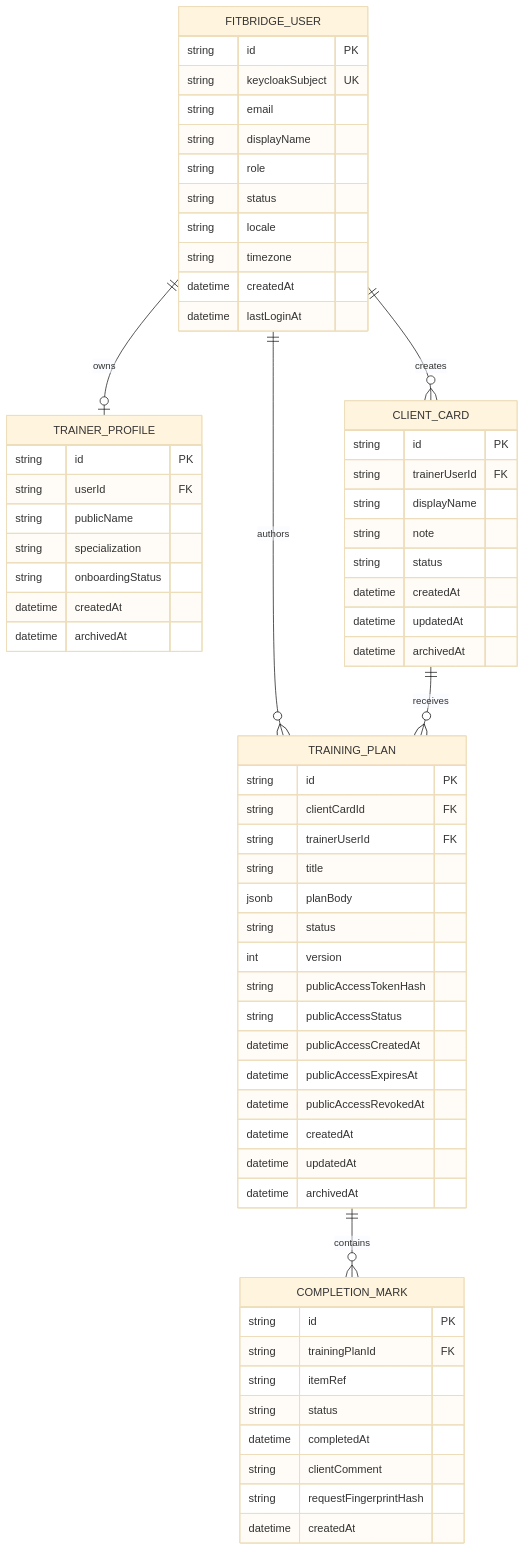
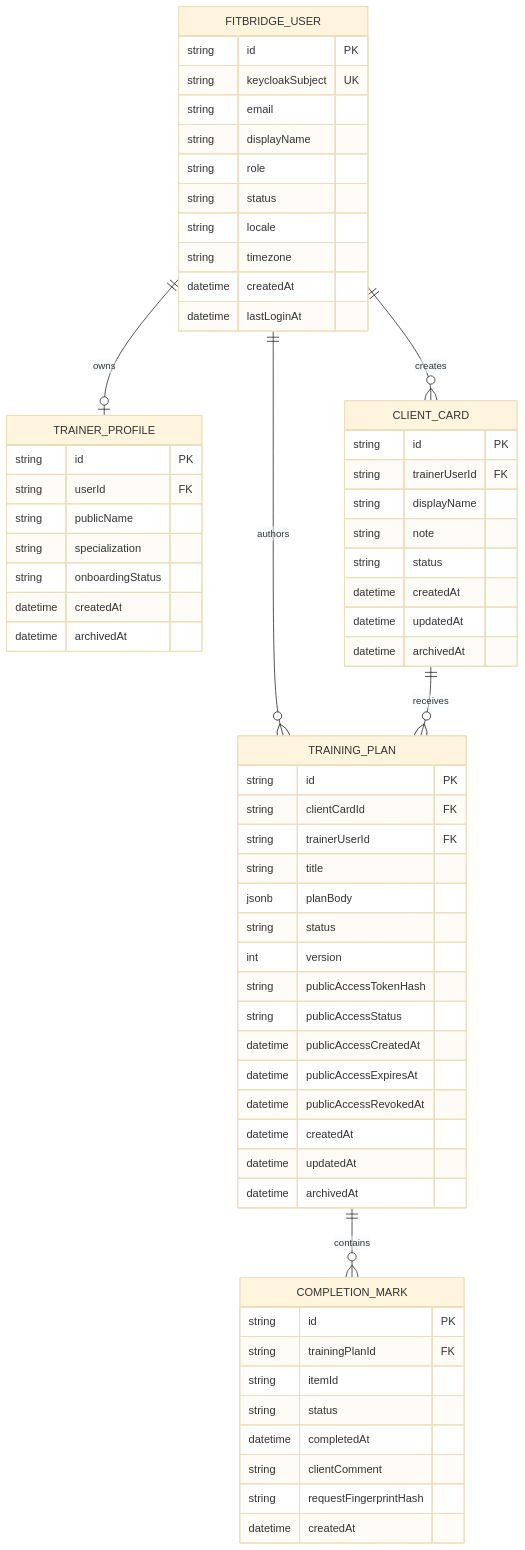
Before and after one commit to MartyanovAV/otuskotlin: the diagram in docs/03-architecture/ERD.md, drawn with Mermaid (base theme). The commit also changed 20 other files, not shown here.

````diff
--- a/docs/03-architecture/ERD.md
+++ b/docs/03-architecture/ERD.md
@@ -16,71 +16,71 @@
 ```mermaid
 erDiagram
     FITBRIDGE_USER ||--o| TRAINER_PROFILE : owns
     FITBRIDGE_USER ||--o{ CLIENT_CARD : creates
     FITBRIDGE_USER ||--o{ TRAINING_PLAN : authors
     CLIENT_CARD ||--o{ TRAINING_PLAN : receives
     TRAINING_PLAN ||--o{ COMPLETION_MARK : contains
 
     FITBRIDGE_USER {
         string id PK
         string keycloakSubject UK
         string email
         string displayName
         string role
         string status
         string locale
         string timezone
         datetime createdAt
         datetime lastLoginAt
     }
 
     TRAINER_PROFILE {
         string id PK
         string userId FK
         string publicName
         string specialization
         string onboardingStatus
         datetime createdAt
         datetime archivedAt
     }
 
     CLIENT_CARD {
         string id PK
         string trainerUserId FK
         string displayName
         string note
         string status
         datetime createdAt
         datetime updatedAt
         datetime archivedAt
     }
 
     TRAINING_PLAN {
         string id PK
         string clientCardId FK
         string trainerUserId FK
         string title
         jsonb planBody
         string status
         int version
         string publicAccessTokenHash
         string publicAccessStatus
         datetime publicAccessCreatedAt
         datetime publicAccessExpiresAt
         datetime publicAccessRevokedAt
         datetime createdAt
         datetime updatedAt
         datetime archivedAt
     }
 
     COMPLETION_MARK {
         string id PK
         string trainingPlanId FK
-        string itemRef
+        string itemId
         string status
         datetime completedAt
         string clientComment
         string requestFingerprintHash
         datetime createdAt
     }
 ```
````
